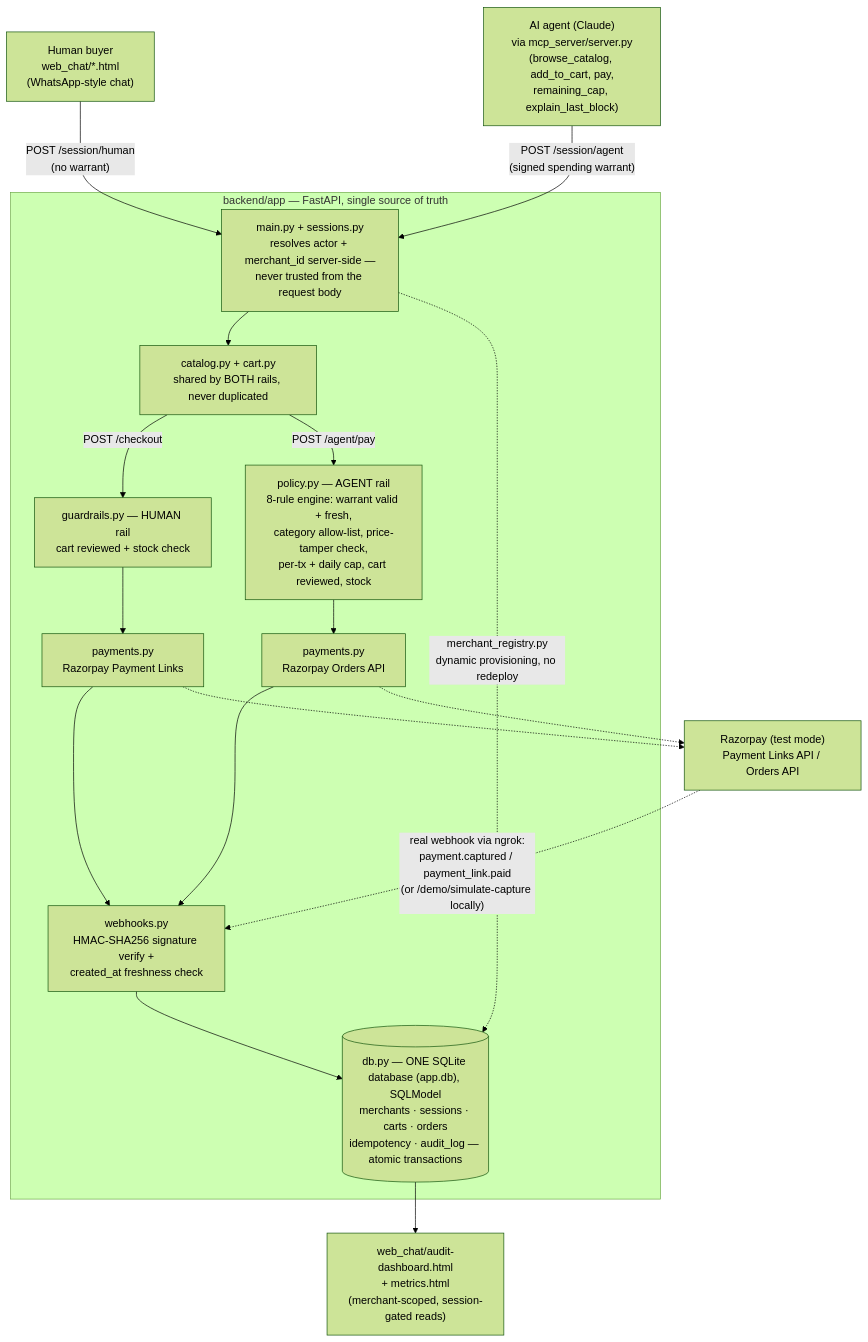
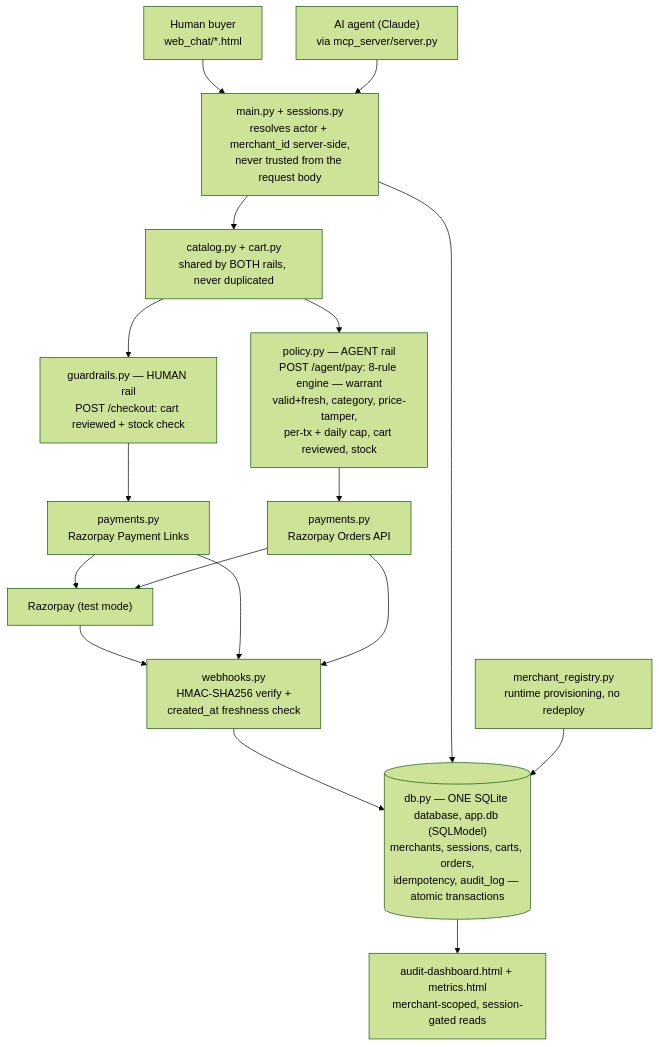
One commit to ayushanand27/razorpay-buildathon changed the diagram in README.md. Above: the diagram before and after it, drawn with Mermaid (forest theme).

Commit message:
Fix Mermaid diagram not rendering on GitHub
GitHub's Mermaid renderer failed with "Could not find a suitable
point for the given distance" -- a known rendering bug tied to
subgraphs with edges crossing their boundary. Flattened the diagram
to a plain flowchart (no subgraph, no dotted edges) with the same
content, which avoids the trigger entirely.

````diff
--- a/README.md
+++ b/README.md
@@ -47,40 +47,33 @@
 ```mermaid
 flowchart TB
-    H["Human buyer<br/>web_chat/*.html<br/>(WhatsApp-style chat)"]
-    A["AI agent (Claude)<br/>via mcp_server/server.py<br/>(browse_catalog, add_to_cart, pay,<br/>remaining_cap, explain_last_block)"]
+    H["Human buyer<br/>web_chat/*.html"]
+    A["AI agent (Claude)<br/>via mcp_server/server.py"]
+    M["main.py + sessions.py<br/>resolves actor + merchant_id server-side,<br/>never trusted from the request body"]
+    CAT["catalog.py + cart.py<br/>shared by BOTH rails, never duplicated"]
+    GR["guardrails.py — HUMAN rail<br/>POST /checkout: cart reviewed + stock check"]
+    POL["policy.py — AGENT rail<br/>POST /agent/pay: 8-rule engine — warrant<br/>valid+fresh, category, price-tamper,<br/>per-tx + daily cap, cart reviewed, stock"]
+    PAY1["payments.py<br/>Razorpay Payment Links"]
+    PAY2["payments.py<br/>Razorpay Orders API"]
+    RZP["Razorpay (test mode)"]
+    WH["webhooks.py<br/>HMAC-SHA256 verify +<br/>created_at freshness check"]
+    DB[("db.py — ONE SQLite database, app.db (SQLModel)<br/>merchants, sessions, carts, orders,<br/>idempotency, audit_log — atomic transactions")]
+    MR["merchant_registry.py<br/>runtime provisioning, no redeploy"]
+    DASH["audit-dashboard.html + metrics.html<br/>merchant-scoped, session-gated reads"]
 
-    H -->|"POST /session/human<br/>(no warrant)"| M
-    A -->|"POST /session/agent<br/>(signed spending warrant)"| M
-
-    subgraph Backend["backend/app — FastAPI, single source of truth"]
-        M["main.py + sessions.py<br/>resolves actor + merchant_id server-side —<br/>never trusted from the request body"]
-        CAT["catalog.py + cart.py<br/>shared by BOTH rails, never duplicated"]
-        M --> CAT
-
-        GR["guardrails.py — HUMAN rail<br/>cart reviewed + stock check"]
-        POL["policy.py — AGENT rail<br/>8-rule engine: warrant valid + fresh,<br/>category allow-list, price-tamper check,<br/>per-tx + daily cap, cart reviewed, stock"]
-        CAT -->|"POST /checkout"| GR
-        CAT -->|"POST /agent/pay"| POL
-
-        PAY1["payments.py<br/>Razorpay Payment Links"]
-        PAY2["payments.py<br/>Razorpay Orders API"]
-        GR --> PAY1
-        POL --> PAY2
-
-        WH["webhooks.py<br/>HMAC-SHA256 signature verify +<br/>created_at freshness check"]
-        PAY1 --> WH
-        PAY2 --> WH
-
-        DB[("db.py — ONE SQLite database (app.db), SQLModel<br/>merchants · sessions · carts · orders<br/>idempotency · audit_log — atomic transactions")]
-        WH --> DB
-        M -.->|"merchant_registry.py<br/>dynamic provisioning, no redeploy"| DB
-    end
-
-    RZP["Razorpay (test mode)<br/>Payment Links API / Orders API"]
-    PAY1 -.-> RZP
-    PAY2 -.-> RZP
-    RZP -.->|"real webhook via ngrok:<br/>payment.captured / payment_link.paid<br/>(or /demo/simulate-capture locally)"| WH
-
-    DASH["web_chat/audit-dashboard.html<br/>+ metrics.html<br/>(merchant-scoped, session-gated reads)"]
+    H --> M
+    A --> M
+    M --> CAT
+    CAT --> GR
+    CAT --> POL
+    GR --> PAY1
+    POL --> PAY2
+    PAY1 --> RZP
+    PAY2 --> RZP
+    RZP --> WH
+    PAY1 --> WH
+    PAY2 --> WH
+    WH --> DB
+    M --> DB
+    MR --> DB
     DB --> DASH
 ```
````
